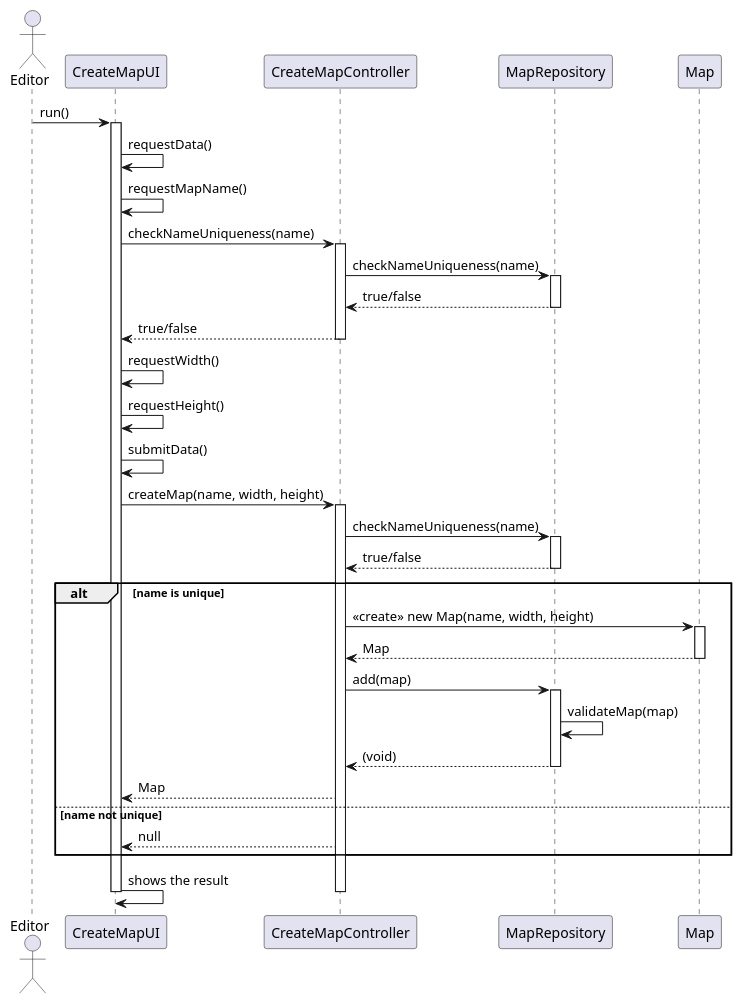
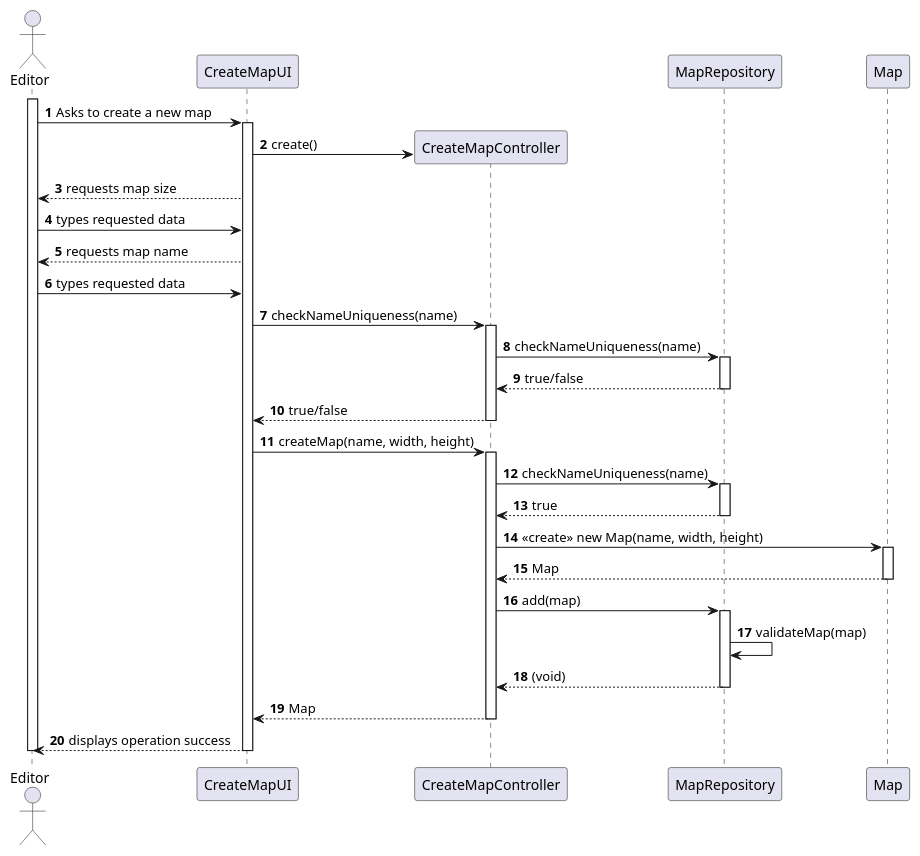
Before and after one commit to goncalolopesp/sem2-pi-24.25-g093-repo: the diagram in docs/system-documentation/US001/03.design/puml/US001-SD.puml, drawn with PlantUML. The commit also changed 2 other files, not shown here.

```diff
--- a/docs/system-documentation/US001/03.design/puml/US001-SD.puml
+++ b/docs/system-documentation/US001/03.design/puml/US001-SD.puml
@@ -1,53 +1,53 @@
 @startuml
 actor User as "Editor"
+autonumber
 participant "CreateMapUI" as UI
 participant "CreateMapController" as Controller
 participant "MapRepository" as Repo
 participant "Map" as MapClass
 
-User -> UI : run()
+
+activate User
+User -> UI : Asks to create a new map
 activate UI
 
-UI -> UI : requestData()
-UI -> UI : requestMapName()
+UI -> Controller** : create()
+UI --> User : requests map size
+User -> UI : types requested data
+UI --> User : requests map name
+User -> UI : types requested data
 UI -> Controller : checkNameUniqueness(name)
 activate Controller
 Controller -> Repo : checkNameUniqueness(name)
 activate Repo
 Repo --> Controller : true/false
 deactivate Repo
 Controller --> UI : true/false
 deactivate Controller
-UI -> UI : requestWidth()
-UI -> UI : requestHeight()
 
-UI -> UI : submitData()
 UI -> Controller : createMap(name, width, height)
 activate Controller
 
 Controller -> Repo : checkNameUniqueness(name)
 activate Repo
-Repo --> Controller : true/false
+Repo --> Controller : true
 deactivate Repo
 
-alt name is unique
-    Controller -> MapClass : <<create>> new Map(name, width, height)
-    activate MapClass
-    MapClass --> Controller : Map
-    deactivate MapClass
+Controller -> MapClass : <<create>> new Map(name, width, height)
+activate MapClass
+MapClass --> Controller : Map
+deactivate MapClass
 
-    Controller -> Repo : add(map)
-    activate Repo
-    Repo -> Repo : validateMap(map)
-    Repo --> Controller : (void)
-    deactivate Repo
+Controller -> Repo : add(map)
+activate Repo
+Repo -> Repo : validateMap(map)
+Repo --> Controller : (void)
+deactivate Repo
 
-    Controller --> UI : Map
-else name not unique
-    Controller --> UI : null
-end
+Controller --> UI : Map
+deactivate Controller
 
-UI -> UI : shows the result
-deactivate Controller
+UI --> User : displays operation success
 deactivate UI
+deactivate User
 @enduml
```
